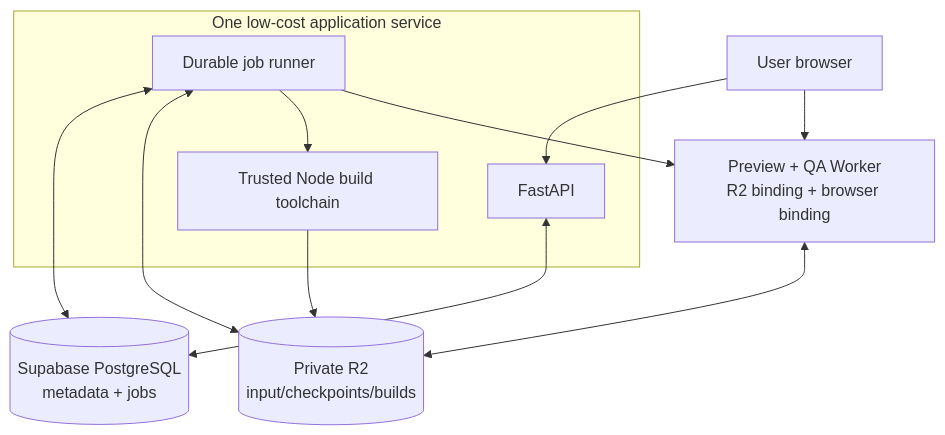
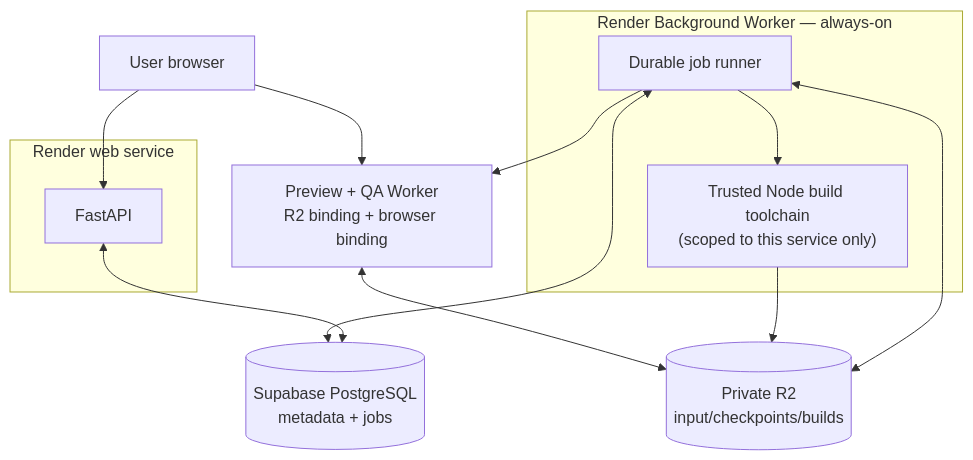
One commit to yashsrivastava0/OryxenAI changed the third of 4 diagrams in docs/code-generator-architecture/README.md. Above: the diagram before and after it, drawn with Mermaid. The commit also changed other lines of this file and 4 other files, not shown here.

Commit message:
docs: refine code generator architecture and preview design

````diff
--- a/docs/code-generator-architecture/README.md
+++ b/docs/code-generator-architecture/README.md
@@ -404,22 +515,24 @@
 ```mermaid
 flowchart TB
-    subgraph Render[One low-cost application service]
+    subgraph RenderAPI[Render web service]
       API[FastAPI]
+    end
+    subgraph RenderWorker[Render Background Worker — always-on]
       JR[Durable job runner]
-      BT[Trusted Node build toolchain]
+      BT["Trusted Node build toolchain\n(scoped to this service only)"]
     end
     DB[(Supabase PostgreSQL\nmetadata + jobs)]
     R2[(Private R2\ninput/checkpoints/builds)]
     PW[Preview + QA Worker\nR2 binding + browser binding]
     UI[User browser]
 
     API <--> DB
     JR <--> DB
     JR <--> R2
     JR --> BT
     BT --> R2
     PW <--> R2
     JR --> PW
     UI --> API
     UI --> PW
 ```
````
